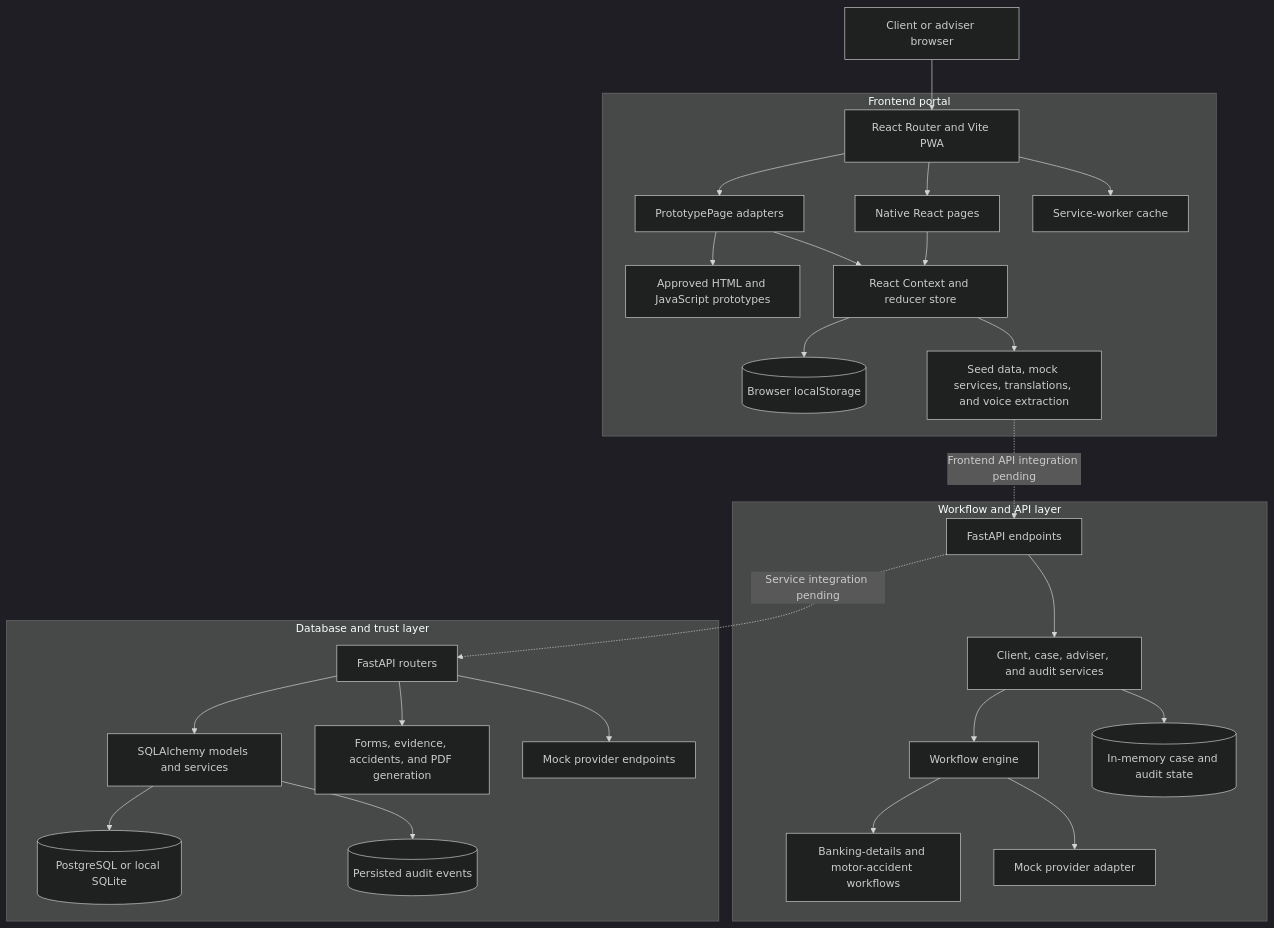
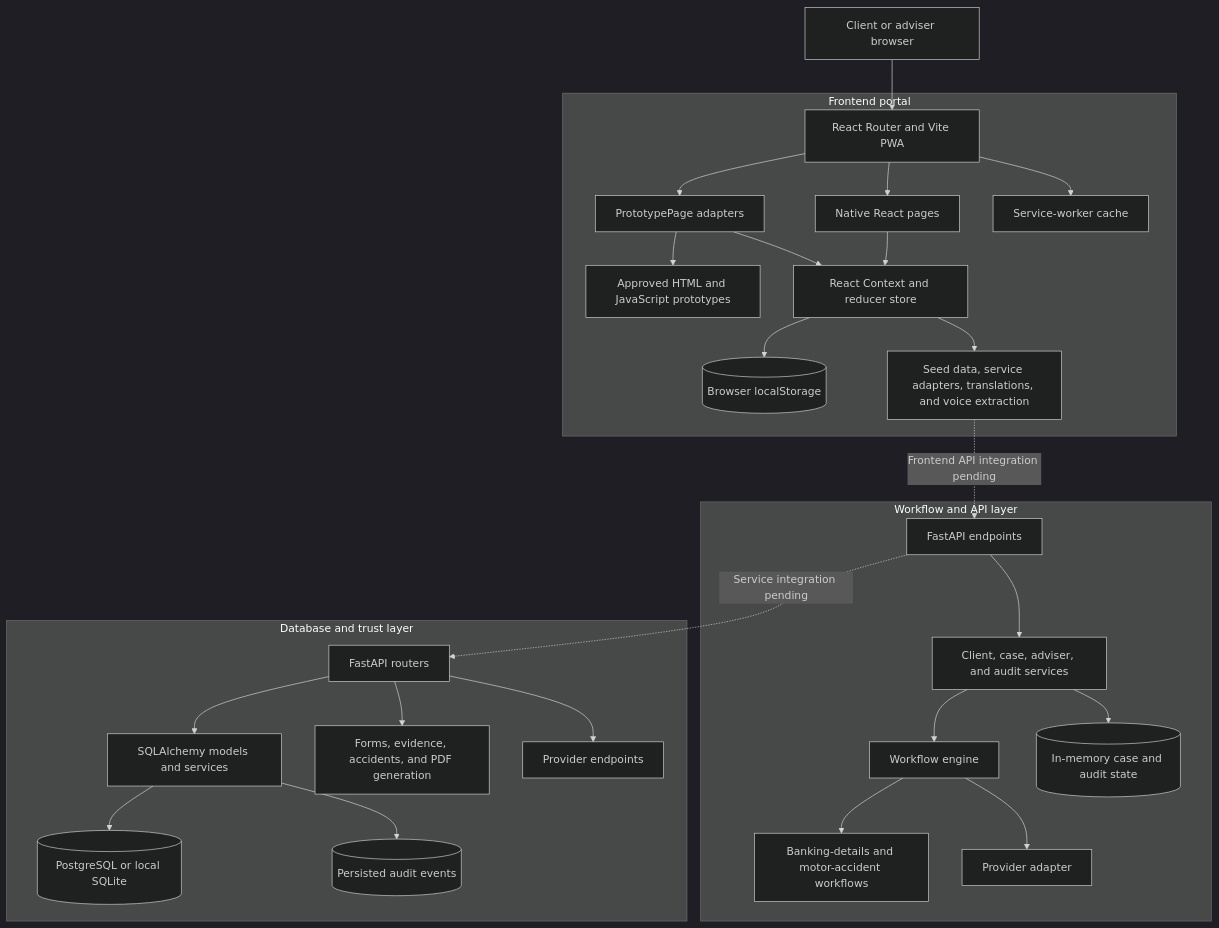
The diagram in README.md (elviscgn/RoyalSquarePortal), drawn with Mermaid (dark theme) before and after one commit. The commit also changed other lines of this file, not shown here.

Commit message:
docs: streamline integration wording

````diff
--- a/README.md
+++ b/README.md
@@ -18,34 +15,34 @@
 ```mermaid
 flowchart TB
     USER[Client or adviser browser] --> ROUTER[React Router and Vite PWA]
 
     subgraph PORTAL[Frontend portal]
         ROUTER --> NATIVE[Native React pages]
         ROUTER --> ADAPTER[PrototypePage adapters]
         ADAPTER --> HTML[Approved HTML and JavaScript prototypes]
         NATIVE --> STORE[React Context and reducer store]
         ADAPTER --> STORE
         STORE --> LOCAL[(Browser localStorage)]
-        STORE --> MOCKS[Seed data, mock services, translations, and voice extraction]
+        STORE --> SUPPORT[Seed data, service adapters, translations, and voice extraction]
         ROUTER --> SW[Service-worker cache]
     end
 
     subgraph BACKEND_A[Workflow and API layer]
         API_A[FastAPI endpoints] --> SERVICES[Client, case, adviser, and audit services]
         SERVICES --> ENGINE[Workflow engine]
         ENGINE --> FLOWS[Banking-details and motor-accident workflows]
-        ENGINE --> PROVIDER_A[Mock provider adapter]
+        ENGINE --> PROVIDER_A[Provider adapter]
         SERVICES --> MEMORY[(In-memory case and audit state)]
     end
 
     subgraph BACKEND_B[Database and trust layer]
         API_B[FastAPI routers] --> ORM[SQLAlchemy models and services]
         API_B --> FORMS[Forms, evidence, accidents, and PDF generation]
-        API_B --> PROVIDER_B[Mock provider endpoints]
+        API_B --> PROVIDER_B[Provider endpoints]
         ORM --> DB[(PostgreSQL or local SQLite)]
         ORM --> AUDIT[(Persisted audit events)]
     end
 
-    MOCKS -. Frontend API integration pending .-> API_A
+    SUPPORT -. Frontend API integration pending .-> API_A
     API_A -. Service integration pending .-> API_B
 ```
````
